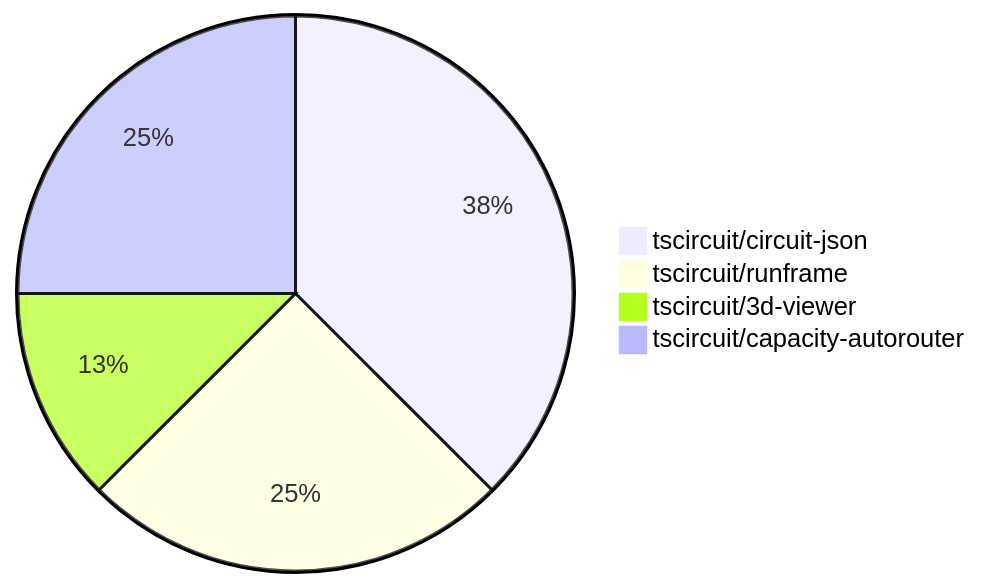
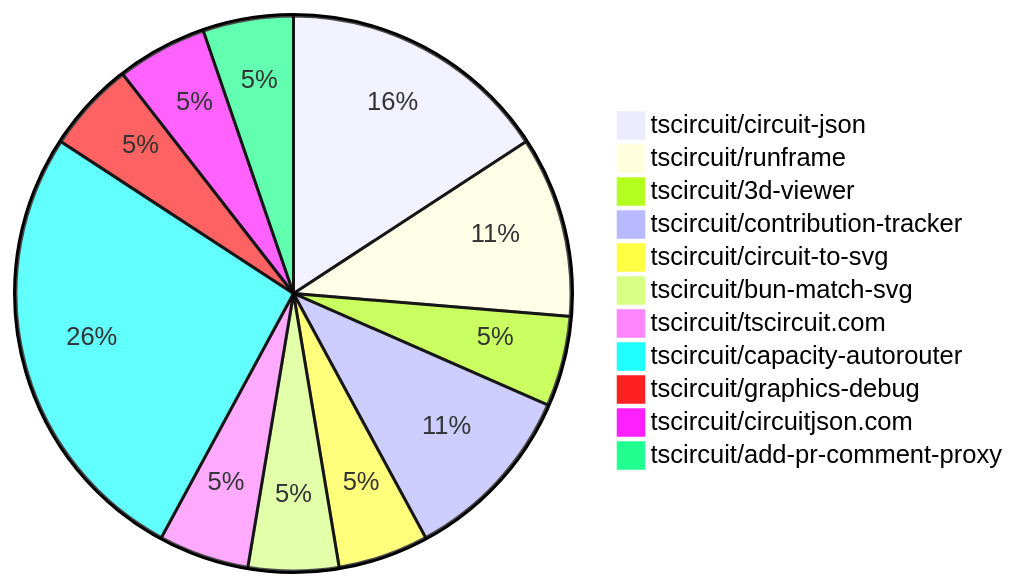
The diagram in contribution-overviews/2025-02-26.md (tscircuit/contribution-tracker), drawn with Mermaid before and after one commit. The commit also changed other lines of this file and 2 other files, not shown here.

Commit message:
Update contribution overviews

````diff
--- a/contribution-overviews/2025-02-26.md
+++ b/contribution-overviews/2025-02-26.md
@@ -5,7 +5,14 @@
 ```mermaid
 pie
     "tscircuit/circuit-json" : 3
     "tscircuit/runframe" : 2
     "tscircuit/3d-viewer" : 1
-    "tscircuit/capacity-autorouter" : 2
+    "tscircuit/contribution-tracker" : 2
+    "tscircuit/circuit-to-svg" : 1
+    "tscircuit/bun-match-svg" : 1
+    "tscircuit/tscircuit.com" : 1
+    "tscircuit/capacity-autorouter" : 5
+    "tscircuit/graphics-debug" : 1
+    "tscircuit/circuitjson.com" : 1
+    "tscircuit/add-pr-comment-proxy" : 1
 ```
````
